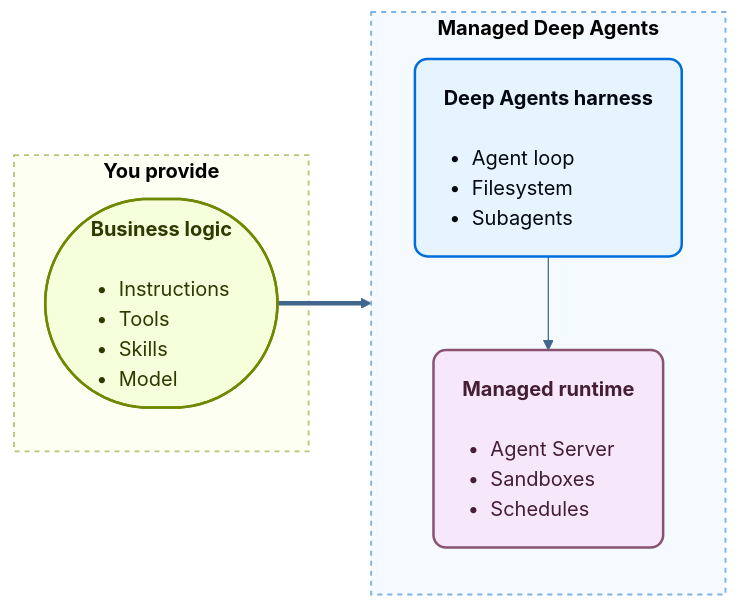
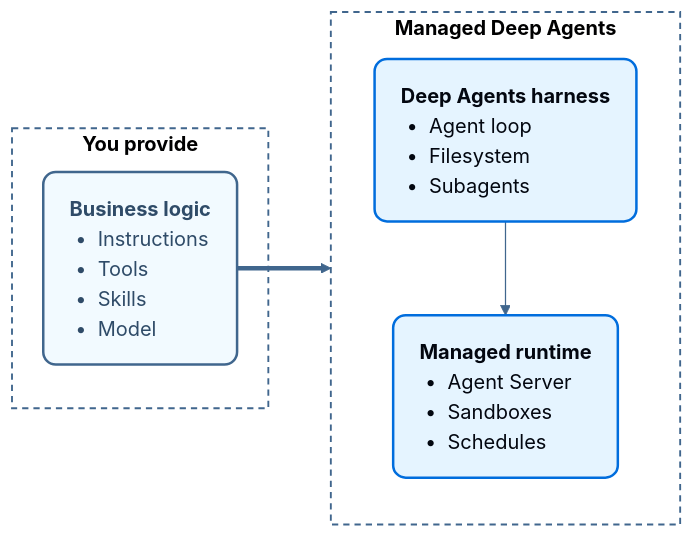
Before and after one commit to pankajrajdeo/langchain-sdk: the diagram in langsmith/javascript/managed-deep-agents.md, drawn with Mermaid. The commit also changed other lines of this file and 285 other files, not shown here.

````diff
--- a/langsmith/javascript/managed-deep-agents.md
+++ b/langsmith/javascript/managed-deep-agents.md
@@ -12,26 +12,24 @@
 ```mermaid
 %%{init: {"theme":"base","themeVariables":{"fontFamily":"Inter, system-ui, sans-serif","lineColor":"#40668D","primaryColor":"#E5F4FF","primaryTextColor":"#030710","primaryBorderColor":"#006DDD","clusterBkg":"transparent"}}}%%
 flowchart LR
     subgraph you["<b>You provide</b>"]
-        Logic(["<div style='text-align:left;padding:4px 8px'><b>Business logic</b><br/><br/>&nbsp;•&nbsp; Instructions<br/>&nbsp;•&nbsp; Tools<br/>&nbsp;•&nbsp; Skills<br/>&nbsp;•&nbsp; Model</div>"])
+        Logic("<div style='text-align:left;padding:2px 6px'><b>Business logic</b><br/>&nbsp;•&nbsp; Instructions<br/>&nbsp;•&nbsp; Tools<br/>&nbsp;•&nbsp; Skills<br/>&nbsp;•&nbsp; Model</div>")
     end
     subgraph mda["<b>Managed Deep Agents</b>"]
         direction TB
-        Harness("<div style='text-align:left;padding:4px 8px'><b>Deep Agents harness</b><br/><br/>&nbsp;•&nbsp; Agent loop<br/>&nbsp;•&nbsp; Filesystem<br/>&nbsp;•&nbsp; Subagents</div>")
-        Runtime("<div style='text-align:left;padding:4px 8px'><b>Managed runtime</b><br/><br/>&nbsp;•&nbsp; Agent Server<br/>&nbsp;•&nbsp; Sandboxes<br/>&nbsp;•&nbsp; Schedules</div>")
+        Harness("<div style='text-align:left;padding:2px 6px'><b>Deep Agents harness</b><br/>&nbsp;•&nbsp; Agent loop<br/>&nbsp;•&nbsp; Filesystem<br/>&nbsp;•&nbsp; Subagents</div>")
+        Runtime("<div style='text-align:left;padding:2px 6px'><b>Managed runtime</b><br/>&nbsp;•&nbsp; Agent Server<br/>&nbsp;•&nbsp; Sandboxes<br/>&nbsp;•&nbsp; Schedules</div>")
         Harness --> Runtime
     end
 
     Logic ==> mda
 
+    classDef neutral fill:#F2FAFF,stroke:#40668D,stroke-width:2px,color:#2F4B68,rx:10,ry:10
     classDef process fill:#E5F4FF,stroke:#006DDD,stroke-width:2px,color:#030710,rx:10,ry:10
-    classDef trigger fill:#F6FFDB,stroke:#6E8900,stroke-width:2px,color:#2E3900,rx:18,ry:18
-    classDef output fill:#F6E7FB,stroke:#885270,stroke-width:2px,color:#441E33,rx:10,ry:10
 
-    class Logic trigger
-    class Harness process
-    class Runtime output
+    class Logic neutral
+    class Harness,Runtime process
 
-    style you fill:#FCFFF2,stroke:#B7C77A,stroke-width:1.5px,stroke-dasharray:4 4
-    style mda fill:#F5FAFF,stroke:#7FB2E5,stroke-width:1.5px,stroke-dasharray:4 4
+    style you fill:none,stroke:#40668D,stroke-width:1.5px,stroke-dasharray:5 4
+    style mda fill:none,stroke:#40668D,stroke-width:1.5px,stroke-dasharray:5 4
 ```
````
